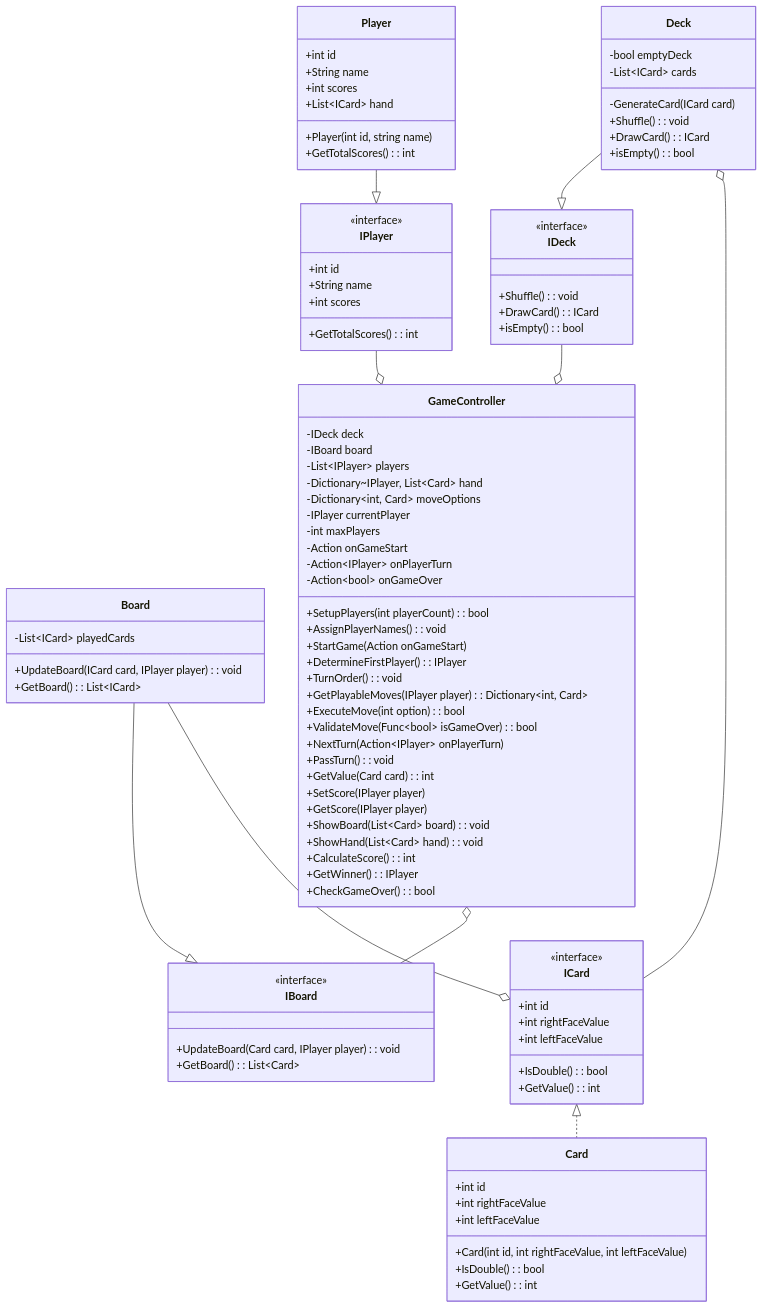
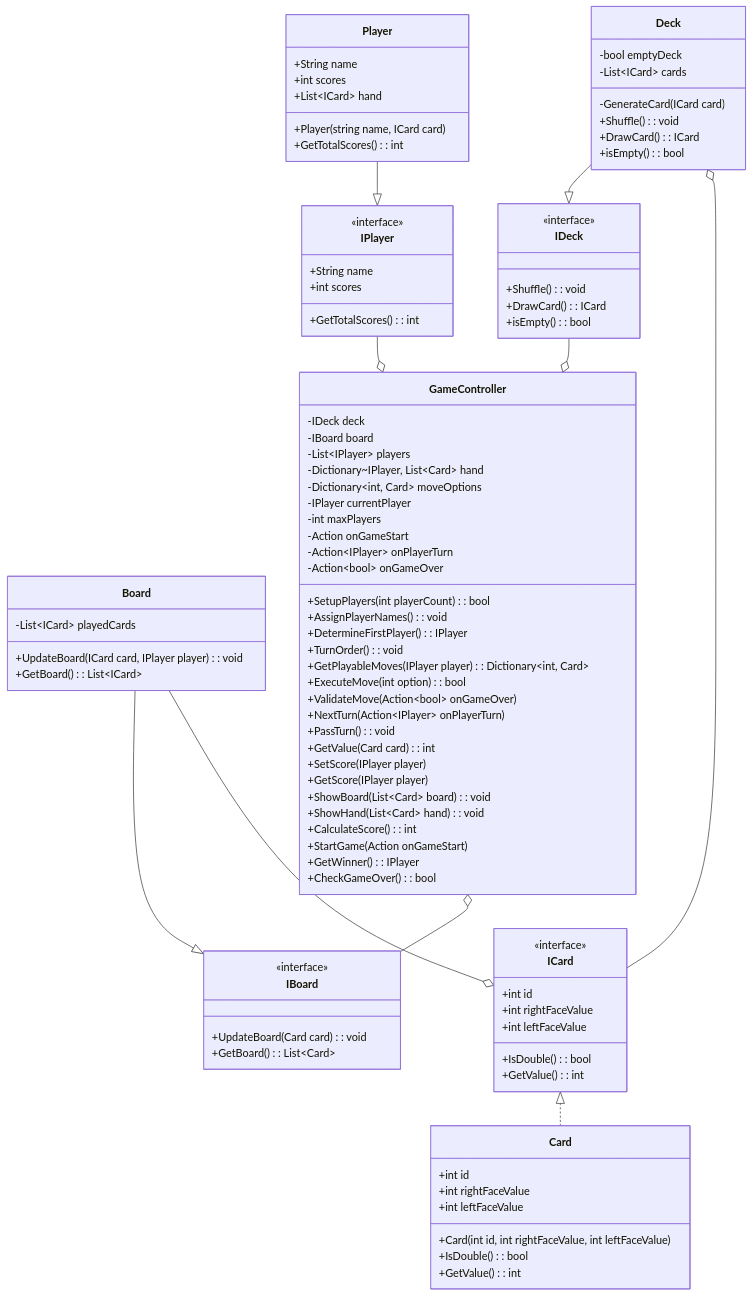
Before and after one commit to RavenFajar/bootCamp13: the diagram in Day6/DiagramClassProject/Domino.mmd, drawn with Mermaid.

```diff
--- a/Day6/DiagramClassProject/Domino.mmd
+++ b/Day6/DiagramClassProject/Domino.mmd
@@ -1,96 +1,94 @@
 classDiagram
 class IPlayer{
     <<interface>>
-    +int id
     +String name
     +int scores
     +GetTotalScores() : int
 }
 class Player{
-    +int id
     +String name
     +int scores
     +List~ICard~ hand
-    +Player(int id, string name)
+    +Player(string name, ICard card)
     +GetTotalScores() : int
 }
 class ICard{
     <<interface>>
     +int id
     +int rightFaceValue
     +int leftFaceValue 
     +IsDouble() : bool
     +GetValue() : int
 }
 class IDeck{
     <<interface>>
     +Shuffle() : void
     +DrawCard() : ICard
     +isEmpty() : bool
 }
 class IBoard{
     <<interface>>
-    +UpdateBoard(Card card, IPlayer player) : void
+    +UpdateBoard(Card card) : void
     +GetBoard() : List~Card~
    
 }
 class Deck{
     -bool emptyDeck
     -GenerateCard(ICard card)
     -List~ICard~ cards
     +Shuffle() : void
     +DrawCard() : ICard
     +isEmpty() : bool
 }
 class Board{
     -List~ICard~ playedCards
     +UpdateBoard(ICard card, IPlayer player) : void
     +GetBoard() : List~ICard~
 }
 class Card{
     +int id
     +int rightFaceValue
     +int leftFaceValue   
     +Card(int id, int rightFaceValue, int leftFaceValue) 
     +IsDouble() : bool
     +GetValue() : int
 }
 class GameController{
     -IDeck deck
     -IBoard board
     -List~IPlayer~ players
     -Dictionary~IPlayer, List~Card~ hand
     -Dictionary~int, Card~ moveOptions
     -IPlayer currentPlayer
     -int maxPlayers
     -Action onGameStart
     -Action~IPlayer~ onPlayerTurn
     -Action~bool~ onGameOver
     +SetupPlayers(int playerCount) : bool
     +AssignPlayerNames() : void
-    +StartGame(Action onGameStart)
     +DetermineFirstPlayer() : IPlayer
     +TurnOrder() : void
     +GetPlayableMoves(IPlayer player) : Dictionary~int, Card~
     +ExecuteMove(int option) : bool
-    +ValidateMove(Func~bool~ isGameOver) : bool
+    +ValidateMove(Action~bool~ onGameOver)
     +NextTurn(Action~IPlayer~ onPlayerTurn)
     +PassTurn() : void
     +GetValue(Card card) : int
     +SetScore(IPlayer player)
     +GetScore(IPlayer player)
     +ShowBoard(List~Card~ board) : void
     +ShowHand(List~Card~ hand) : void
     +CalculateScore() : int
+    +StartGame(Action onGameStart)
     +GetWinner() : IPlayer
     +CheckGameOver() : bool
 }
 IPlayer --o GameController 
 IDeck --o GameController
 GameController o-- IBoard
 Deck --|> IDeck 
 Board --|> IBoard 
 Player --|> IPlayer 
 Deck o-- ICard
 Board --o ICard
 ICard <|.. Card 
```
